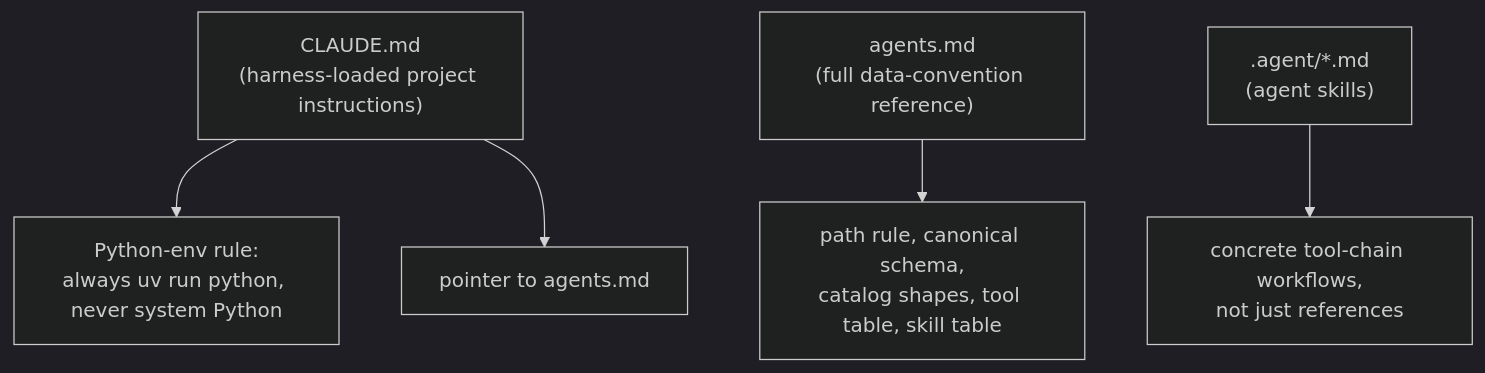
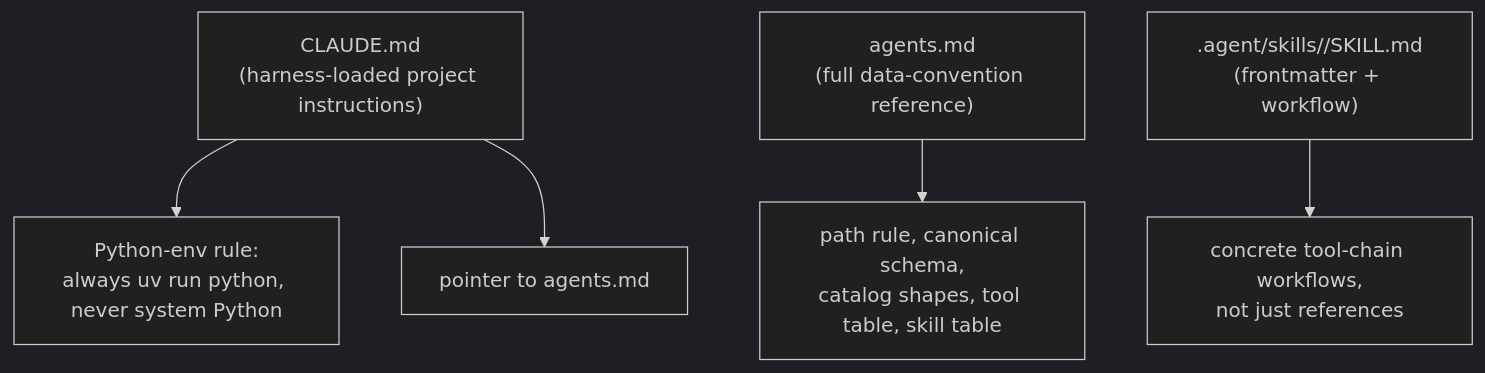
Before and after one commit to petarkabashki/ai-data-manager: the diagram in docs/agentic-usage.md, drawn with Mermaid (dark theme). The commit also changed other lines of this file and 71 other files, not shown here.

````diff
--- a/docs/agentic-usage.md
+++ b/docs/agentic-usage.md
@@ -9,7 +9,7 @@
 ```mermaid
 flowchart TD
     CM["CLAUDE.md\n(harness-loaded project instructions)"] --> Env["Python-env rule:\nalways uv run python, never system Python"]
     CM --> Ptr["pointer to agents.md"]
     AM["agents.md\n(full data-convention reference)"] --> Rules["path rule, canonical schema,\ncatalog shapes, tool table, skill table"]
-    Skill[".agent/*.md\n(agent skills)"] --> Wf["concrete tool-chain workflows,\nnot just references"]
+    Skill[".agent/skills/<name>/SKILL.md\n(frontmatter + workflow)"] --> Wf["concrete tool-chain workflows,\nnot just references"]
 ```
````
